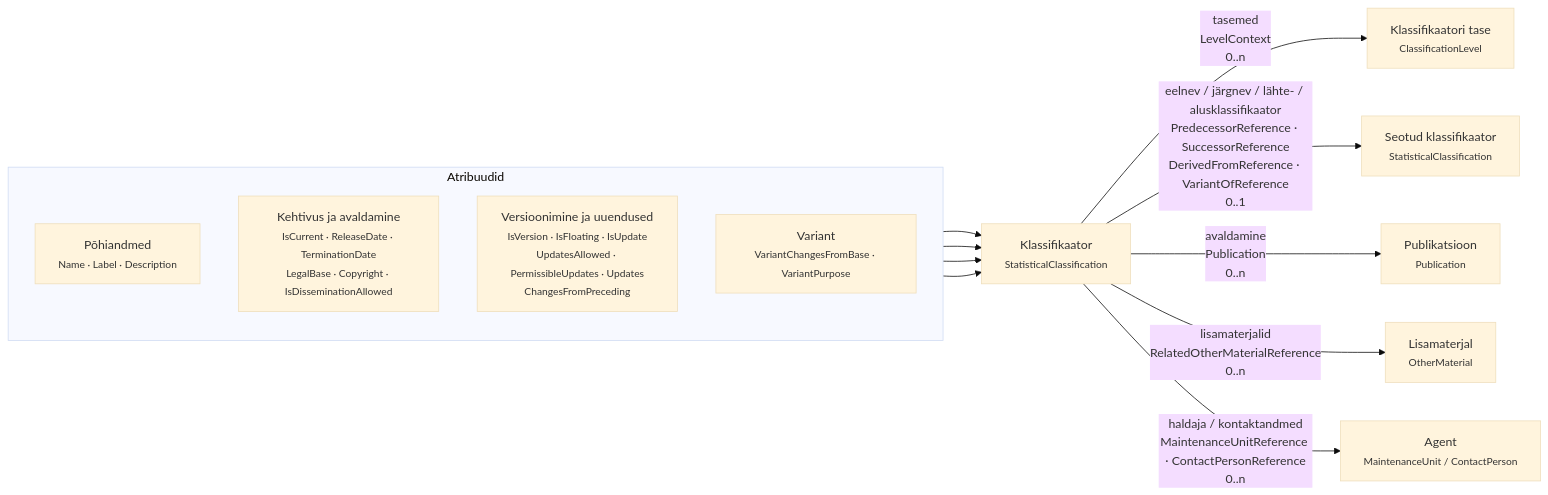
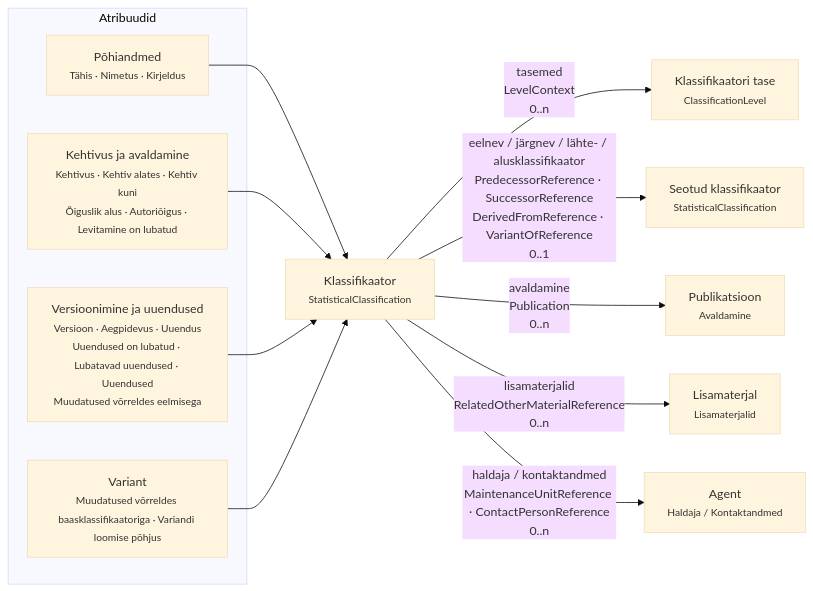
The fourth of 6 diagrams in docs/klassifikaator/atribuudid.md (e-gov/Klassifikaatorite-ja-Koodiloendite-Standard), drawn with Mermaid (base theme) before and after one commit. The commit also changed other lines of this file, not shown here.

Commit message:
visuaalid

````diff
--- a/docs/klassifikaator/atribuudid.md
+++ b/docs/klassifikaator/atribuudid.md
@@ -153,38 +153,36 @@
 ```mermaid
 flowchart LR
 
 subgraph CLASS["Atribuudid"]
-  direction TB
+  BASIC["Põhiandmed<br/><small>Tähis · Nimetus · Kirjeldus</small>"]
 
-  BASIC["Põhiandmed<br/><small>Name · Label · Description</small>"]
+  VALID["Kehtivus ja avaldamine<br/><small>Kehtivus · Kehtiv alates · Kehtiv kuni<br/>Õiguslik alus · Autoriõigus · Levitamine on lubatud</small>"]
 
-  VALID["Kehtivus ja avaldamine<br/><small>IsCurrent · ReleaseDate · TerminationDate<br/>LegalBase · Copyright · IsDisseminationAllowed</small>"]
+  VERSION["Versioonimine ja uuendused<br/><small>Versioon · Aegpidevus · Uuendus<br/>Uuendused on lubatud · Lubatavad uuendused · Uuendused<br/>Muudatused võrreldes eelmisega</small>"]
 
-  VERSION["Versioonimine ja uuendused<br/><small>IsVersion · IsFloating · IsUpdate<br/>UpdatesAllowed · PermissibleUpdates · Updates<br/>ChangesFromPreceding</small>"]
-
-  VARIANT["Variant<br/><small>VariantChangesFromBase · VariantPurpose</small>"]
+  VARIANT["Variant<br/><small>Muudatused võrreldes baasklassifikaatoriga · Variandi loomise põhjus</small>"]
 end
 
 SC["Klassifikaator<br/><small>StatisticalClassification</small>"]
 
 LV["Klassifikaatori tase<br/><small>ClassificationLevel</small>"]
 REL["Seotud klassifikaator<br/><small>StatisticalClassification</small>"]
-PUB["Publikatsioon<br/><small>Publication</small>"]
-MAT["Lisamaterjal<br/><small>OtherMaterial</small>"]
-AG["Agent<br/><small>MaintenanceUnit / ContactPerson</small>"]
+PUB["Publikatsioon<br/><small>Avaldamine</small>"]
+MAT["Lisamaterjal<br/><small>Lisamaterjalid</small>"]
+AG["Agent<br/><small>Haldaja / Kontaktandmed</small>"]
 
 BASIC --> SC
 VALID --> SC
 VERSION --> SC
 VARIANT --> SC
 
 SC -->|"tasemed<br/>LevelContext<br/>0..n"| LV
 
 SC -->|"eelnev / järgnev / lähte- / alusklassifikaator<br/>PredecessorReference · SuccessorReference<br/>DerivedFromReference · VariantOfReference<br/>0..1"| REL
 
 SC -->|"avaldamine<br/>Publication<br/>0..n"| PUB
 
 SC -->|"lisamaterjalid<br/>RelatedOtherMaterialReference<br/>0..n"| MAT
 
 SC -->|"haldaja / kontaktandmed<br/>MaintenanceUnitReference · ContactPersonReference<br/>0..n"| AG
 ```
````
